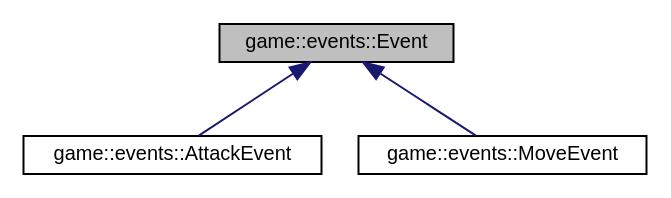
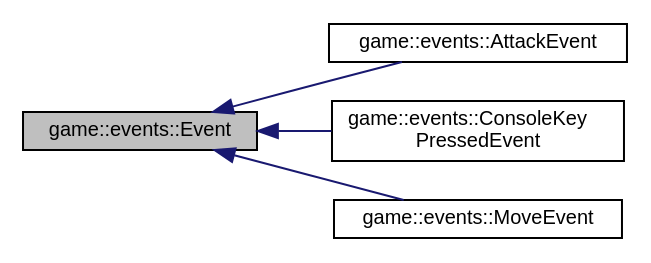
The diagram in classgame_1_1events_1_1_event__inherit__graph.dot (Wisteca/FilRougeDoc), drawn with Graphviz before and after one commit. The commit also changed 210 other files, not shown here.

```diff
--- a/classgame_1_1events_1_1_event__inherit__graph.dot
+++ b/classgame_1_1events_1_1_event__inherit__graph.dot
@@ -1,11 +1,14 @@
 digraph "game::events::Event"
 {
  // LATEX_PDF_SIZE
   edge [fontname="Helvetica",fontsize="10",labelfontname="Helvetica",labelfontsize="10"];
   node [fontname="Helvetica",fontsize="10",shape=record];
+  rankdir="LR";
   Node1 [label="game::events::Event",height=0.2,width=0.4,color="black", fillcolor="grey75", style="filled", fontcolor="black",tooltip="Superclass of any event."];
   Node1 -> Node2 [dir="back",color="midnightblue",fontsize="10",style="solid",fontname="Helvetica"];
   Node2 [label="game::events::AttackEvent",height=0.2,width=0.4,color="black", fillcolor="white", style="filled",URL="$classgame_1_1events_1_1_attack_event.html",tooltip="Processed when an entity attacks another."];
   Node1 -> Node3 [dir="back",color="midnightblue",fontsize="10",style="solid",fontname="Helvetica"];
-  Node3 [label="game::events::MoveEvent",height=0.2,width=0.4,color="black", fillcolor="white", style="filled",URL="$classgame_1_1events_1_1_move_event.html",tooltip="Processed when an entity moves."];
+  Node3 [label="game::events::ConsoleKey\lPressedEvent",height=0.2,width=0.4,color="black", fillcolor="white", style="filled",URL="$classgame_1_1events_1_1_console_key_pressed_event.html",tooltip="Processed when a terminal key is pressed."];
+  Node1 -> Node4 [dir="back",color="midnightblue",fontsize="10",style="solid",fontname="Helvetica"];
+  Node4 [label="game::events::MoveEvent",height=0.2,width=0.4,color="black", fillcolor="white", style="filled",URL="$classgame_1_1events_1_1_move_event.html",tooltip="Processed when an entity moves."];
 }
```
